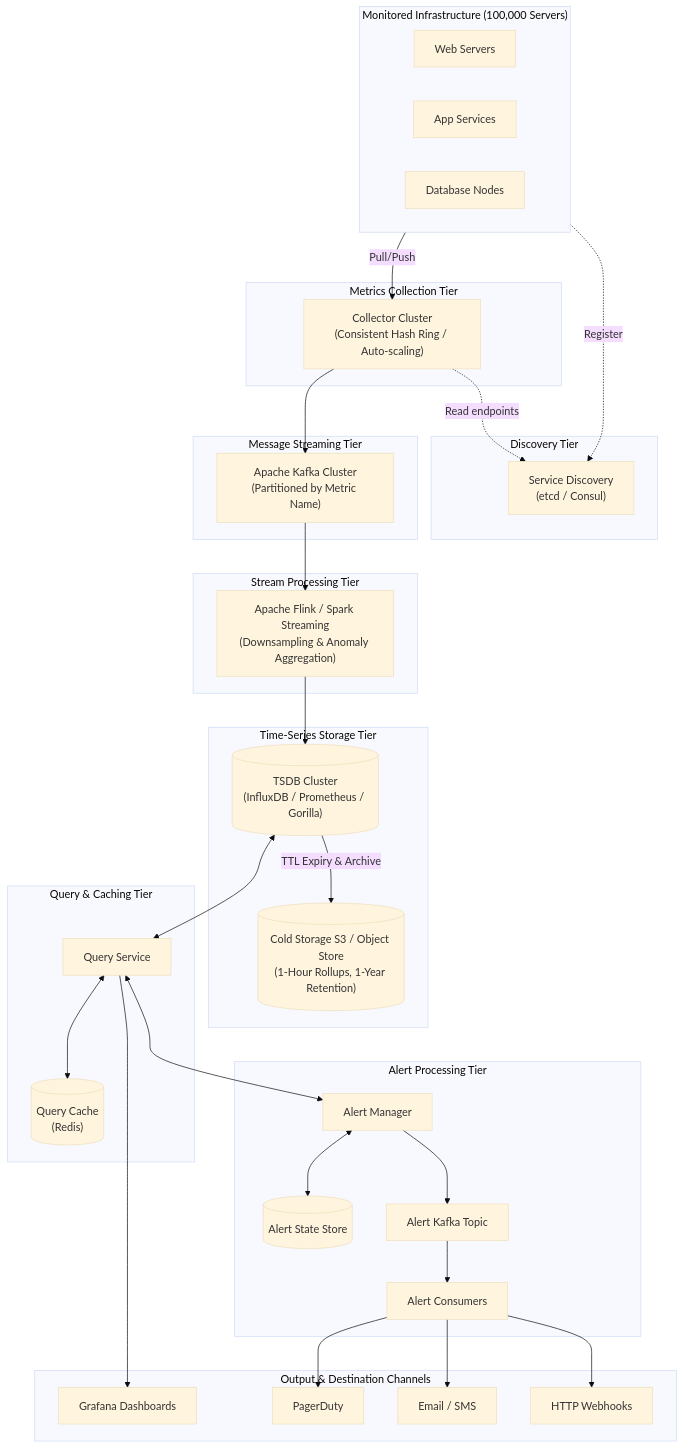
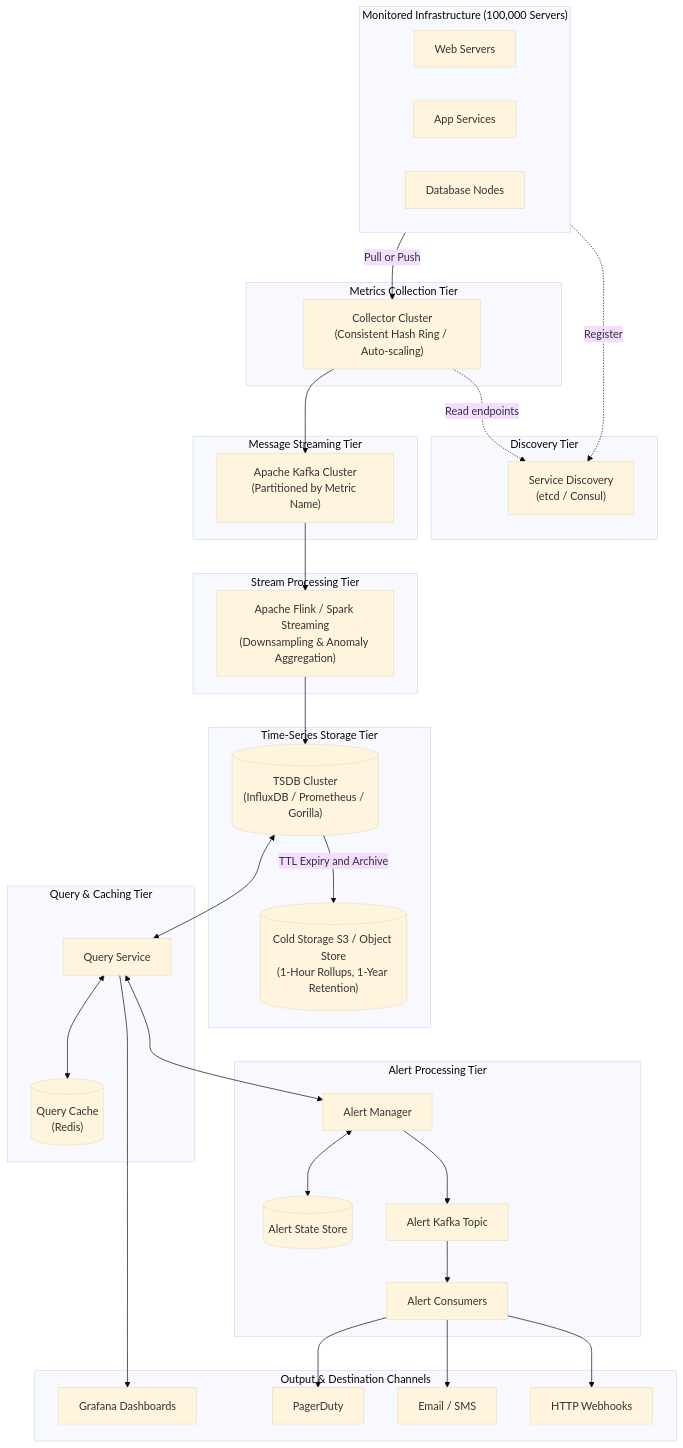
One commit to gurkanindibay/azure_learning changed diagram 14 of 14 in system-design-cases/bytebytego/21-metrics-monitoring-and-alerting-system.md. Above: the diagram before and after it, drawn with Mermaid (base theme). The commit also changed other lines of this file, not shown here.

Commit message:
docs: update flowchart labels and terminology for clarity in metrics and alerting system design

````diff
--- a/system-design-cases/bytebytego/21-metrics-monitoring-and-alerting-system.md
+++ b/system-design-cases/bytebytego/21-metrics-monitoring-and-alerting-system.md
@@ -563,68 +563,68 @@
 ```mermaid
 flowchart TD
     subgraph Sources["Monitored Infrastructure (100,000 Servers)"]
         W["Web Servers"]
         App["App Services"]
         DB["Database Nodes"]
     end
 
     subgraph Discovery["Discovery Tier"]
         SD["Service Discovery\n(etcd / Consul)"]
     end
 
     subgraph Ingestion["Metrics Collection Tier"]
         Col["Collector Cluster\n(Consistent Hash Ring / Auto-scaling)"]
     end
 
     subgraph MessageQueue["Message Streaming Tier"]
         K["Apache Kafka Cluster\n(Partitioned by Metric Name)"]
     end
 
     subgraph StreamingEngine["Stream Processing Tier"]
         Flink["Apache Flink / Spark Streaming\n(Downsampling & Anomaly Aggregation)"]
     end
 
     subgraph StorageTier["Time-Series Storage Tier"]
         TSDB[("TSDB Cluster\n(InfluxDB / Prometheus / Gorilla)")]
         Cold[("Cold Storage S3 / Object Store\n(1-Hour Rollups, 1-Year Retention)")]
     end
 
     subgraph QueryLayer["Query & Caching Tier"]
         QS["Query Service"]
         QC[("Query Cache\n(Redis)")]
     end
 
     subgraph AlertPipeline["Alert Processing Tier"]
         AM["Alert Manager"]
         AStore[("Alert State Store")]
         AlertKafka["Alert Kafka Topic"]
         ACons["Alert Consumers"]
     end
 
     subgraph Output["Output & Destination Channels"]
         Grafana["Grafana Dashboards"]
         PD["PagerDuty"]
         Email["Email / SMS"]
         WH["HTTP Webhooks"]
     end
 
     Sources -.->|Register| SD
     Col -.->|Read endpoints| SD
-    Sources -->|Pull/Push| Col
+    Sources -->|Pull or Push| Col
     Col --> K
     K --> Flink
     Flink --> TSDB
-    TSDB -->|TTL Expiry & Archive| Cold
+    TSDB -->|TTL Expiry and Archive| Cold
     
     TSDB <--> QS
     QS <--> QC
 
     QS --> Grafana
     QS <--> AM
     AM <--> AStore
     AM --> AlertKafka
     AlertKafka --> ACons
     ACons --> PD
     ACons --> Email
     ACons --> WH
 ```
````
